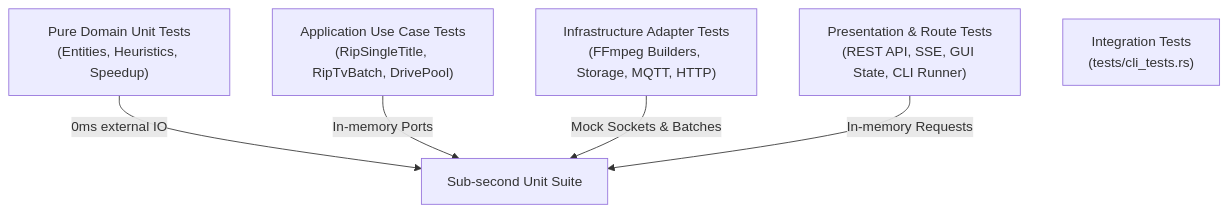
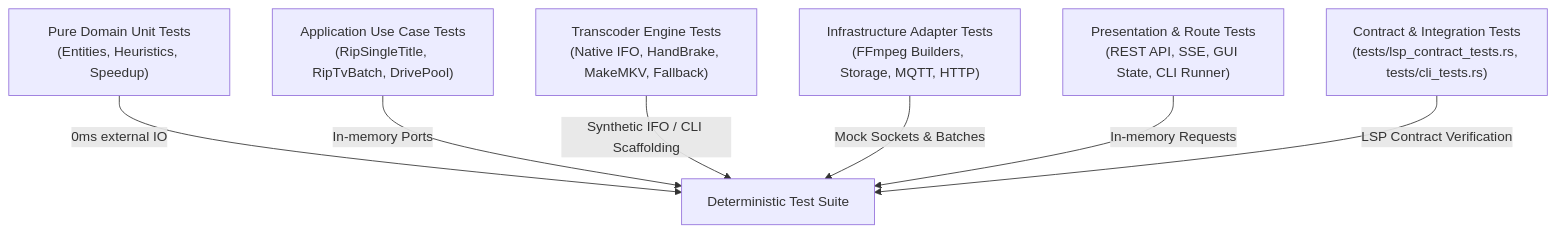
One commit to clockworkengineer/dvd-ripper changed the diagram in docs/TESTING_AND_COVERAGE.md. Above: the diagram before and after it, drawn with Mermaid. The commit also changed other lines of this file and 9 other files, not shown here.

````diff
--- a/docs/TESTING_AND_COVERAGE.md
+++ b/docs/TESTING_AND_COVERAGE.md
@@ -11,13 +11,16 @@
 ```mermaid
 graph TD
     DomainTests["Pure Domain Unit Tests<br/>(Entities, Heuristics, Speedup)"]
     AppTests["Application Use Case Tests<br/>(RipSingleTitle, RipTvBatch, DrivePool)"]
+    EngineTests["Transcoder Engine Tests<br/>(Native IFO, HandBrake, MakeMKV, Fallback)"]
     InfraTests["Infrastructure Adapter Tests<br/>(FFmpeg Builders, Storage, MQTT, HTTP)"]
     PresentationTests["Presentation & Route Tests<br/>(REST API, SSE, GUI State, CLI Runner)"]
-    IntegrationTests["Integration Tests<br/>(tests/cli_tests.rs)"]
+    IntegrationTests["Contract & Integration Tests<br/>(tests/lsp_contract_tests.rs, tests/cli_tests.rs)"]
 
-    DomainTests -->|0ms external IO| FastExec["Sub-second Unit Suite"]
+    DomainTests -->|0ms external IO| FastExec["Deterministic Test Suite"]
     AppTests -->|In-memory Ports| FastExec
+    EngineTests -->|Synthetic IFO / CLI Scaffolding| FastExec
     InfraTests -->|Mock Sockets & Batches| FastExec
     PresentationTests -->|In-memory Requests| FastExec
+    IntegrationTests -->|LSP Contract Verification| FastExec
 ```
````
